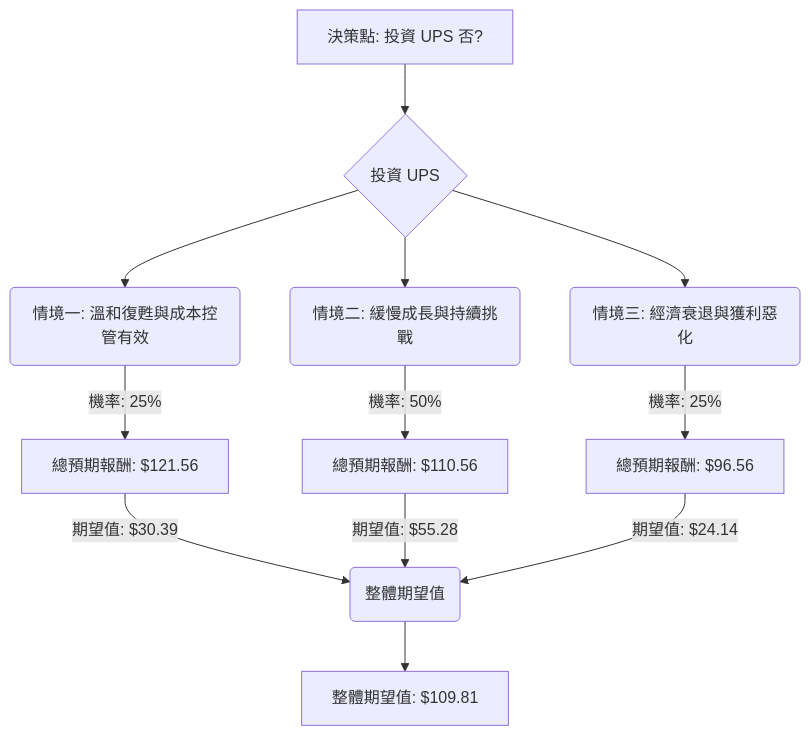
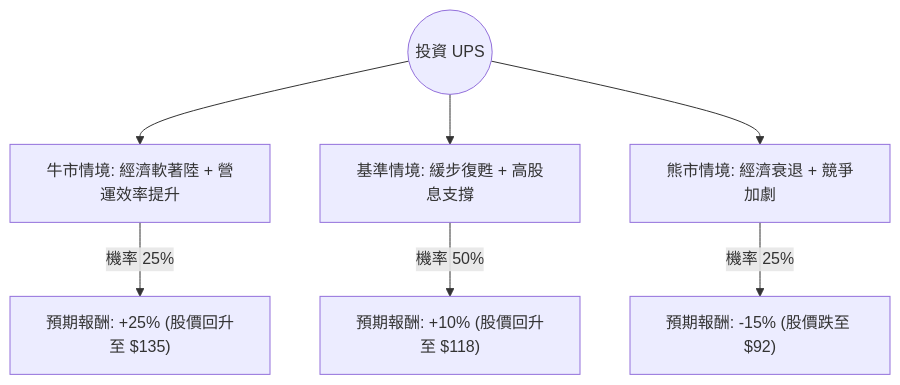
One commit to zmcx16/zmcx16.github.io changed the diagram in plugin-react/ai-analysis/ev-analysis/UPS.md. Above: the diagram before and after it, drawn with Mermaid. The commit also changed other lines of this file and 78 other files, not shown here.

````diff
--- a/plugin-react/ai-analysis/ev-analysis/UPS.md
+++ b/plugin-react/ai-analysis/ev-analysis/UPS.md
@@ -84,17 +19,10 @@
 ```mermaid
 graph TD
-    A[決策點: 投資 UPS 否?] --> B{投資 UPS}
-    B --> C1(情境一: 溫和復甦與成本控管有效)
-    C1 -- 機率: 25% --> C1_1[總預期報酬: $121.56]
-    C1_1 -- 期望值: $30.39 --> E(整體期望值)
+    Start((投資 UPS)) --> Bull[牛市情境: 經濟軟著陸 + 營運效率提升]
+    Start --> Base[基準情境: 緩步復甦 + 高股息支撐]
+    Start --> Bear[熊市情境: 經濟衰退 + 競爭加劇]
 
-    B --> C2(情境二: 緩慢成長與持續挑戰)
-    C2 -- 機率: 50% --> C2_1[總預期報酬: $110.56]
-    C2_1 -- 期望值: $55.28 --> E
-
-    B --> C3(情境三: 經濟衰退與獲利惡化)
-    C3 -- 機率: 25% --> C3_1[總預期報酬: $96.56]
-    C3_1 -- 期望值: $24.14 --> E
-
-    E --> F[整體期望值: $109.81]
+    Bull -- "機率 25%" --> Bull_EV["預期報酬: +25% (股價回升至 $135)"]
+    Base -- "機率 50%" --> Base_EV["預期報酬: +10% (股價回升至 $118)"]
+    Bear -- "機率 25%" --> Bear_EV["預期報酬: -15% (股價跌至 $92)"]
 ```
````
